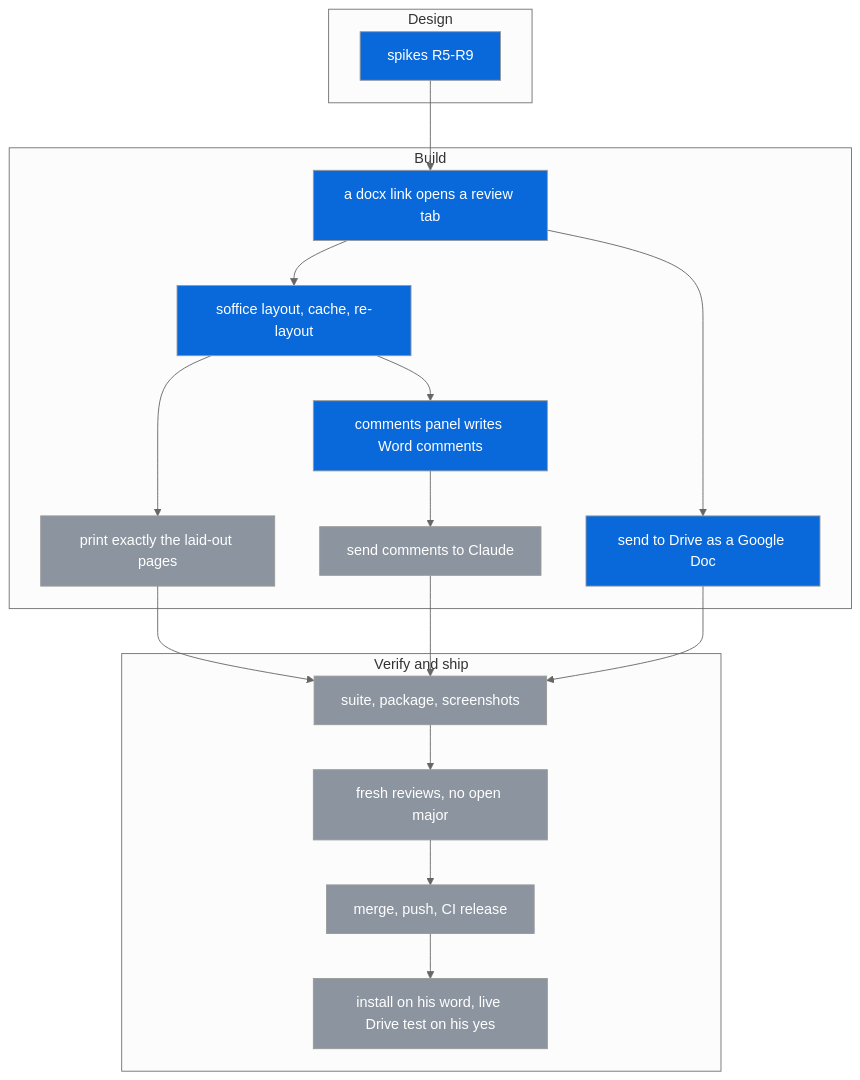
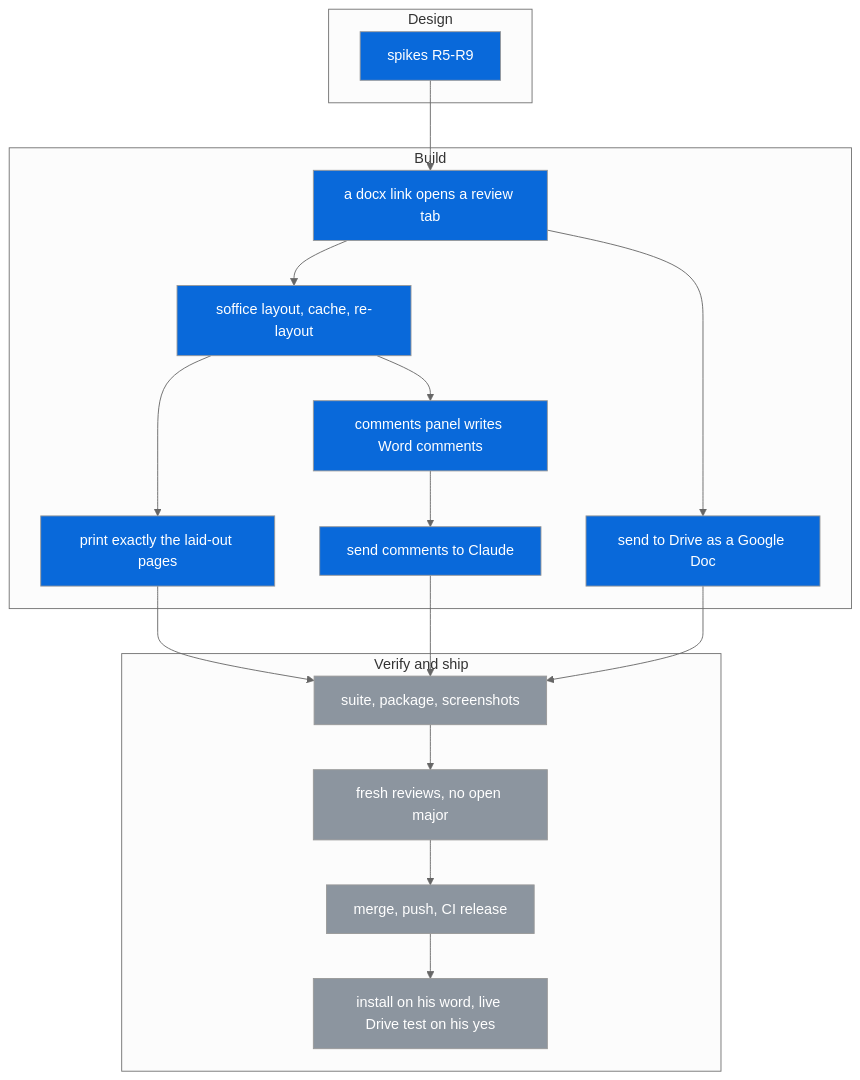
Before and after one commit to michaeljryoung/patton: the diagram in docs/review-tab.md, drawn with Mermaid (neutral theme). The commit also changed other lines of this file, not shown here.

Commit message:
Review tab map: renderer half live with check-review-tab.cjs evidence; what is left (verifier, packaged worker, Drive stub check, Settings fields) [no-release]

````diff
--- a/docs/review-tab.md
+++ b/docs/review-tab.md
@@ -10,38 +10,38 @@
 ```mermaid
 flowchart TD
   subgraph D["Design"]
     rt_spike[spikes R5-R9]:::live
   end
   subgraph B["Build"]
     rt_open[a docx link opens a review tab]:::live
     rt_layout[soffice layout, cache, re-layout]:::live
-    rt_print[print exactly the laid-out pages]:::todo
+    rt_print[print exactly the laid-out pages]:::live
     rt_drive[send to Drive as a Google Doc]:::live
     rt_comments[comments panel writes Word comments]:::live
-    rt_claude[send comments to Claude]:::todo
+    rt_claude[send comments to Claude]:::live
   end
   subgraph V["Verify and ship"]
     rt_check[suite, package, screenshots]:::todo
     rt_review[fresh reviews, no open major]:::todo
     rt_release[merge, push, CI release]:::todo
     rt_ship[install on his word, live Drive test on his yes]:::todo
   end
   rt_spike --> rt_open
   rt_open --> rt_layout
   rt_layout --> rt_print
   rt_layout --> rt_comments
   rt_open --> rt_drive
   rt_comments --> rt_claude
   rt_print --> rt_check
   rt_drive --> rt_check
   rt_claude --> rt_check
   rt_check --> rt_review
   rt_review --> rt_release
   rt_release --> rt_ship
   classDef done fill:#1a7f37,color:#fff
   classDef live fill:#0969da,color:#fff
   classDef todo fill:#8c959f,color:#fff
   classDef blocked fill:#cf222e,color:#fff
   classDef dropped fill:#eaeef2,color:#57606a
   classDef superseded fill:#eaeef2,color:#57606a
 ```
````
